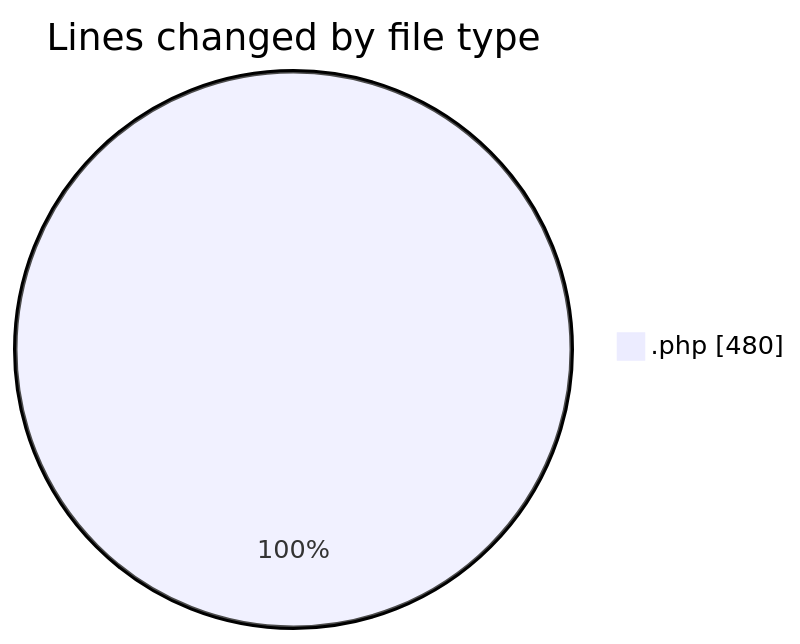
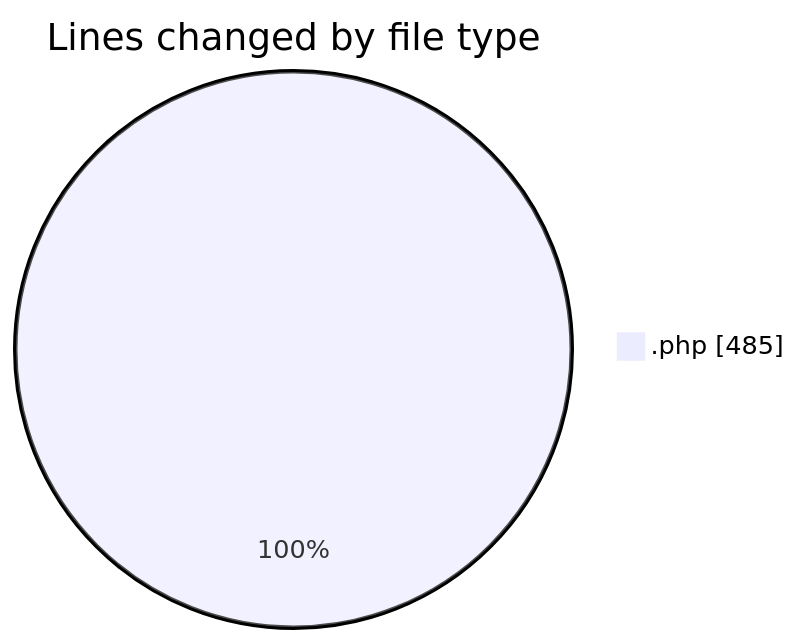
One commit to LanceThiago/code-tracking changed the first of 2 diagrams in 2025-07-02/web/README.md. Above: the diagram before and after it, drawn with Mermaid. The commit also changed other lines of this file and 1 other file, not shown here.

````diff
--- a/2025-07-02/web/README.md
+++ b/2025-07-02/web/README.md
@@ -20,5 +20,5 @@
 ```mermaid
 pie showData
 title Lines changed by file type
-".php" : 480
+".php" : 485
 ```
````
